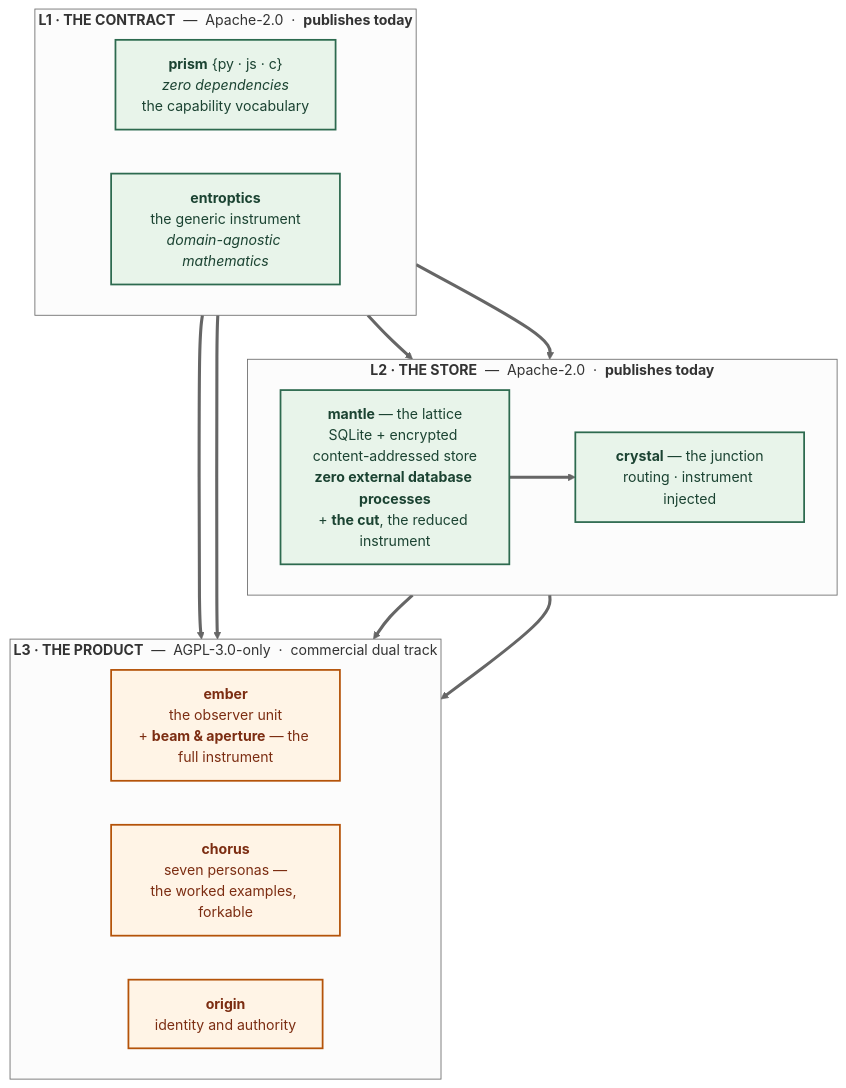
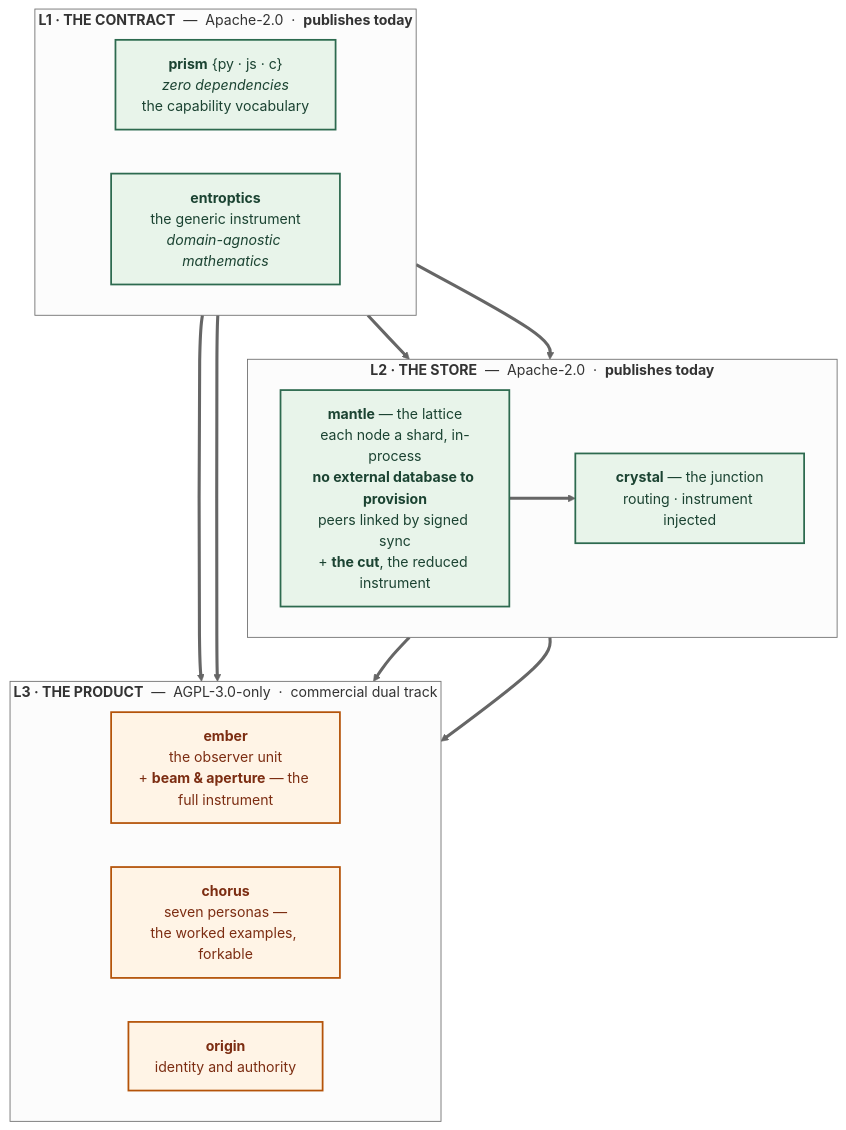
One commit to Agience/agience-pharos changed the third of 3 diagrams in start/overview.md. Above: the diagram before and after it, drawn with Mermaid (neutral theme). The commit also changed other lines of this file and 51 other files, not shown here.

````diff
--- a/start/overview.md
+++ b/start/overview.md
@@ -333,30 +334,30 @@
 ```mermaid
 flowchart TB
   subgraph L3["<b>L3 · THE PRODUCT</b> &nbsp;—&nbsp; AGPL-3.0-only &nbsp;·&nbsp; commercial dual track"]
     direction LR
     EMB["<b>ember</b><br/>the observer unit<br/>+ <b>beam &amp; aperture</b> — the full instrument"]
     CHO["<b>chorus</b><br/>seven personas —<br/>the worked examples, forkable"]
     ORI["<b>origin</b><br/>identity and authority"]
   end
   subgraph L2["<b>L2 · THE STORE</b> &nbsp;—&nbsp; Apache-2.0 &nbsp;·&nbsp; <b>publishes today</b>"]
     direction LR
-    MAN["<b>mantle</b> — the lattice<br/>SQLite + encrypted content-addressed store<br/><b>zero external database processes</b><br/>+ <b>the cut</b>, the reduced instrument"]
+    MAN["<b>mantle</b> — the lattice<br/>each node a shard, in-process<br/><b>no external database to provision</b><br/>peers linked by signed sync<br/>+ <b>the cut</b>, the reduced instrument"]
     CRY["<b>crystal</b> — the junction<br/>routing · instrument injected"]
   end
   subgraph L1["<b>L1 · THE CONTRACT</b> &nbsp;—&nbsp; Apache-2.0 &nbsp;·&nbsp; <b>publishes today</b>"]
     direction LR
     PRI["<b>prism</b> {py · js · c}<br/><i>zero dependencies</i><br/>the capability vocabulary"]
     ENT["<b>entroptics</b><br/>the generic instrument<br/><i>domain-agnostic mathematics</i>"]
   end
   PRI ==> MAN
   PRI ==> CRY
   PRI ==> L3
   MAN ==> CRY
   MAN ==> L3
   CRY ==> L3
   ENT ==> EMB
   classDef give fill:#e8f4ea,stroke:#2d6a4f,stroke-width:2px,color:#1b4332
   classDef prod fill:#fff4e6,stroke:#b45309,stroke-width:2px,color:#7c2d12
   class PRI,ENT,MAN,CRY give
   class EMB,CHO,ORI prod
 ```
````
